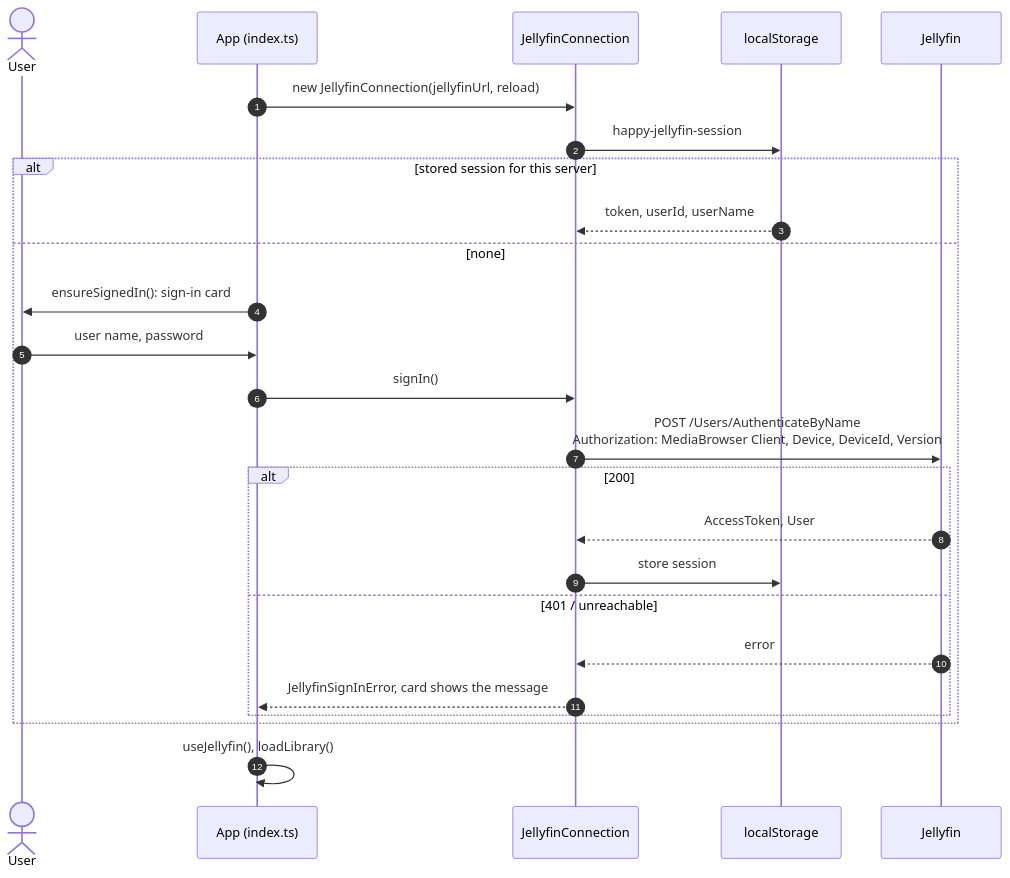
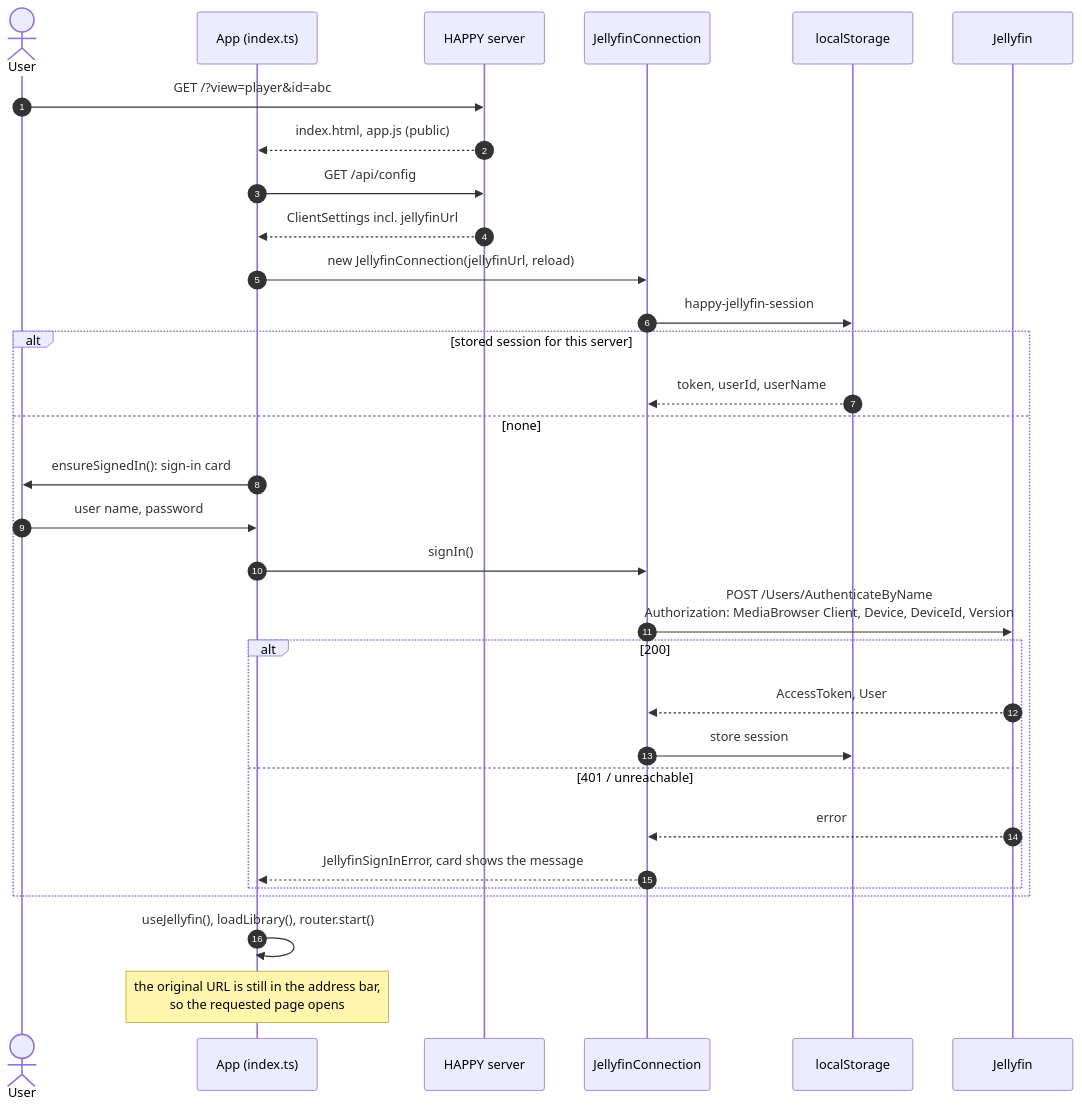
Before and after one commit to lumbar-spine-support/docker-haptic-player: the first of 2 diagrams in docs/developer/use-cases/login.md, drawn with Mermaid. The commit also changed other lines of this file and 10 other files, not shown here.

````diff
--- a/docs/developer/use-cases/login.md
+++ b/docs/developer/use-cases/login.md
@@ -14,28 +11,34 @@
 ```mermaid
 sequenceDiagram
   autonumber
   actor U as User
   participant A as App (index.ts)
+  participant S as HAPPY server
   participant C as JellyfinConnection
   participant LS as localStorage
   participant J as Jellyfin
 
+  U->>S: GET /?view=player&id=abc
+  S-->>A: index.html, app.js (public)
+  A->>S: GET /api/config
+  S-->>A: ClientSettings incl. jellyfinUrl
   A->>C: new JellyfinConnection(jellyfinUrl, reload)
   C->>LS: happy-jellyfin-session
   alt stored session for this server
     LS-->>C: token, userId, userName
   else none
     A->>U: ensureSignedIn(): sign-in card
     U->>A: user name, password
     A->>C: signIn()
     C->>J: POST /Users/AuthenticateByName<br/>Authorization: MediaBrowser Client, Device, DeviceId, Version
     alt 200
       J-->>C: AccessToken, User
       C->>LS: store session
     else 401 / unreachable
       J-->>C: error
       C-->>A: JellyfinSignInError, card shows the message
     end
   end
-  A->>A: useJellyfin(), loadLibrary()
+  A->>A: useJellyfin(), loadLibrary(), router.start()
+  Note over A: the original URL is still in the address bar,<br/>so the requested page opens
 ```
````
